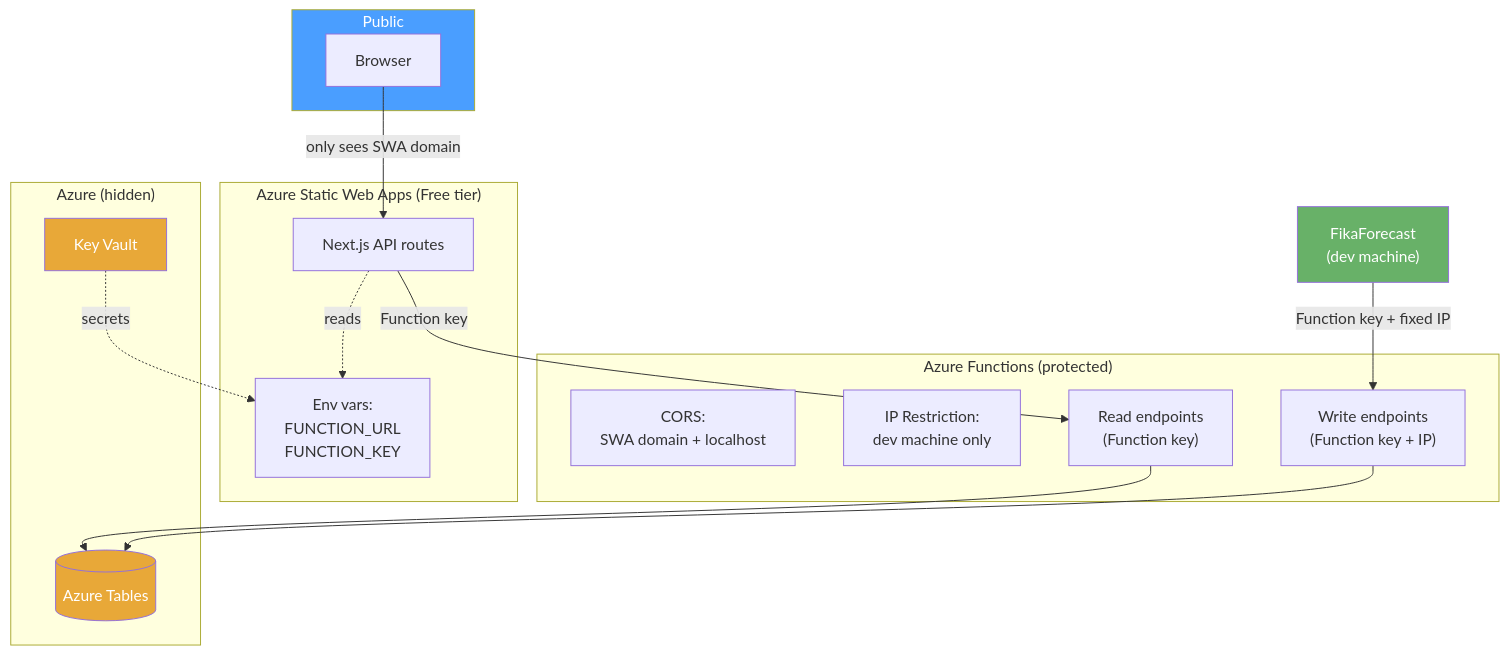
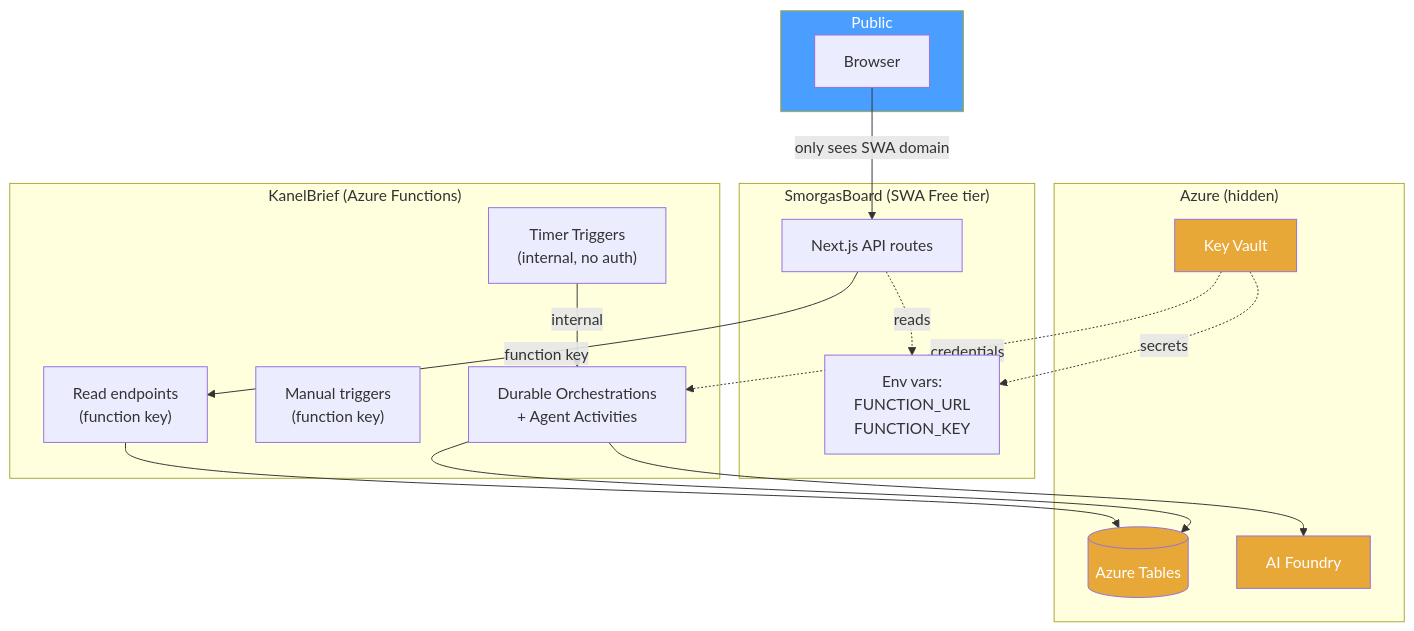
Before and after one commit to Muhomorik/KanelBulleKapital: the fourth of 5 diagrams in docs/FRONTEND-ARCHITECTURE.md, drawn with Mermaid. The commit also changed other lines of this file, not shown here.

Commit message:
Update database schema: Add `SubstitutionChain` and `OpportunityScan` entities with migrations for persistence.

````diff
--- a/docs/FRONTEND-ARCHITECTURE.md
+++ b/docs/FRONTEND-ARCHITECTURE.md
@@ -164,38 +355,39 @@
 ```mermaid
 flowchart TB
     subgraph Public
         Browser["Browser"]
     end
 
-    subgraph "Azure Static Web Apps (Free tier)"
+    subgraph "SmorgasBoard (SWA Free tier)"
         SWA["Next.js API routes"]
         ENV["Env vars:\nFUNCTION_URL\nFUNCTION_KEY"]
     end
 
-    subgraph "Azure Functions (protected)"
-        CORS["CORS:\nSWA domain + localhost"]
-        IP["IP Restriction:\ndev machine only"]
-        Read["Read endpoints\n(Function key)"]
-        Write["Write endpoints\n(Function key + IP)"]
+    subgraph "KanelBrief (Azure Functions)"
+        Timers["Timer Triggers\n(internal, no auth)"]
+        Read["Read endpoints\n(function key)"]
+        Manual["Manual triggers\n(function key)"]
+        Agents["Durable Orchestrations\n+ Agent Activities"]
     end
 
     subgraph "Azure (hidden)"
         Tables[("Azure Tables")]
         KV["Key Vault"]
+        AI["AI Foundry"]
     end
-
-    WPF["FikaForecast\n(dev machine)"]
 
     Browser -->|only sees SWA domain| SWA
     SWA -.->|reads| ENV
-    SWA -->|Function key| Read
-    WPF -->|Function key + fixed IP| Write
+    SWA -->|function key| Read
+    Timers -->|internal| Agents
+    Agents --> Tables
+    Agents --> AI
     Read --> Tables
-    Write --> Tables
     KV -.->|secrets| ENV
+    KV -.->|credentials| Agents
 
     style Public fill:#4a9eff,color:#fff
-    style WPF fill:#68b168,color:#fff
     style Tables fill:#e8a838,color:#fff
     style KV fill:#e8a838,color:#fff
+    style AI fill:#e8a838,color:#fff
 ```
````
